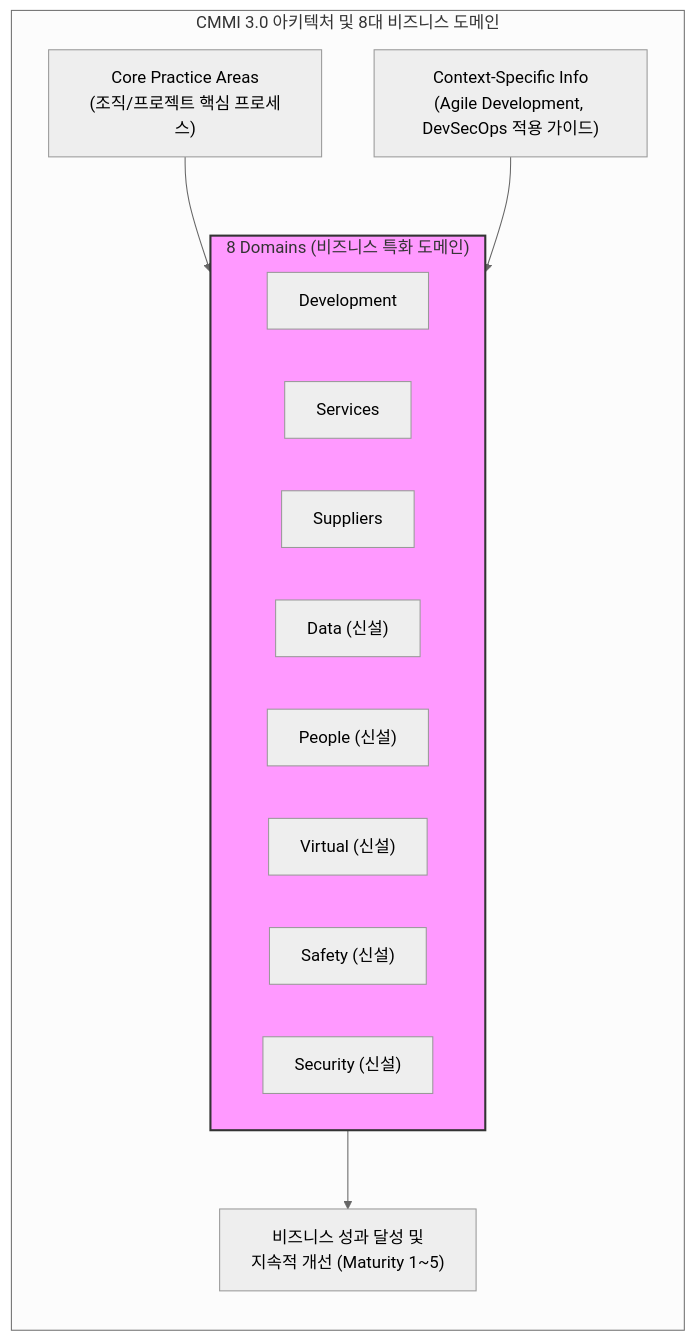
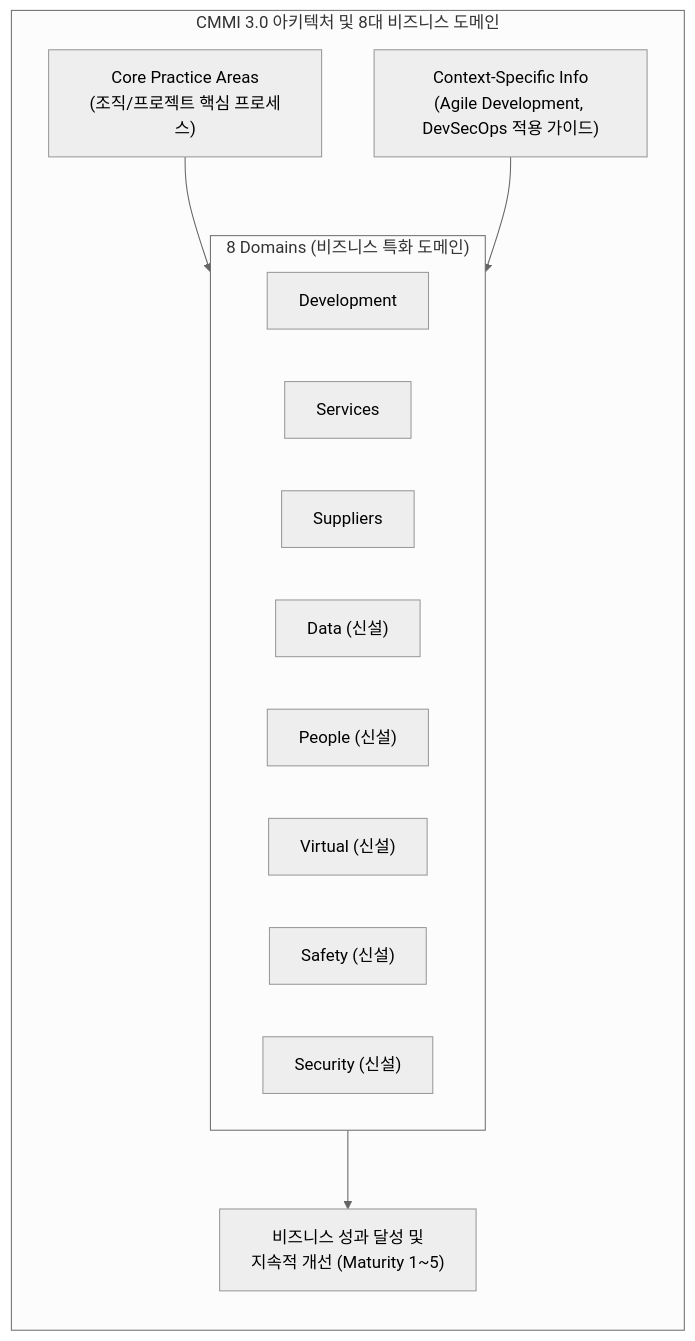
The diagram in content/01_IT Tech/CMMI 3.0.md (supremethumb/supremethumb.github.io), drawn with Mermaid (neutral theme) before and after one commit. The commit also changed other lines of this file and 362 other files, not shown here.

````diff
--- a/content/01_IT Tech/CMMI 3.0.md
+++ b/content/01_IT Tech/CMMI 3.0.md
@@ -23,28 +31,24 @@
 ```mermaid
 flowchart TB
     subgraph CMMI_V3["CMMI 3.0 아키텍처 및 8대 비즈니스 도메인"]
         direction TB
         
         Core["Core Practice Areas<br/>(조직/프로젝트 핵심 프로세스)"]
         Context["Context-Specific Info<br/>(Agile Development, DevSecOps 적용 가이드)"]
         
         subgraph Domains["8 Domains (비즈니스 특화 도메인)"]
-            direction LR
+        direction LR
             D1["Development"]
             D2["Services"]
             D3["Suppliers"]
             D4["Data (신설)"]
             D5["People (신설)"]
             D6["Virtual (신설)"]
             D7["Safety (신설)"]
             D8["Security (신설)"]
         end
         
         Core & Context --> Domains
         Domains --> Perform["비즈니스 성과 달성 및<br/>지속적 개선 (Maturity 1~5)"]
     end
-    
-    classDef highlight fill:#f9f,stroke:#333,stroke-width:2px;
-    class Domains highlight;
-
 ```
````
